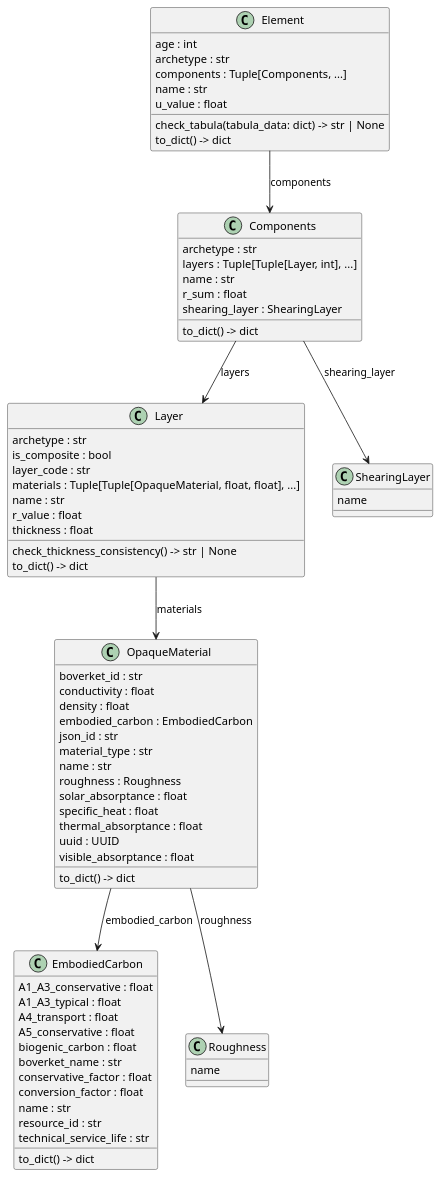
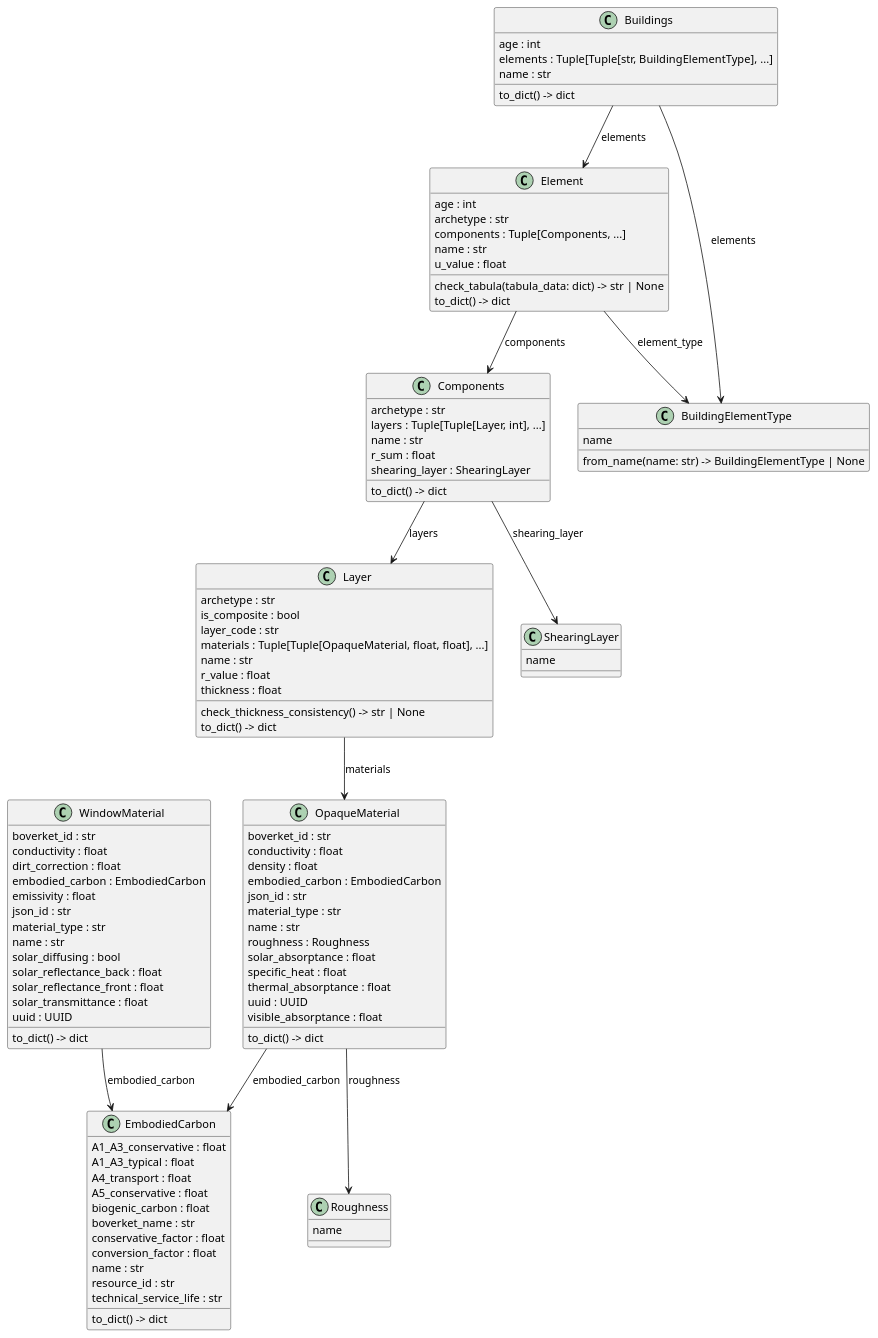
Before and after one commit to SB-Chalmers/epsm_data: the diagram in NewSchema/classes_NewSchemaDiagram.puml, drawn with PlantUML. The commit also changed other lines of this file and 24 other files, not shown here.

First line of the commit message:
Complete Material to Building pipeline & Database

```diff
--- a/NewSchema/classes_NewSchemaDiagram.puml
+++ b/NewSchema/classes_NewSchemaDiagram.puml
@@ -9,83 +11,116 @@
 @startuml
 set namespaceSeparator none
 
 ' Classes with attributes and methods
 class "Components" as Components {
   archetype : str
   layers : Tuple[Tuple[Layer, int], ...]
   name : str
   r_sum : float
   shearing_layer : ShearingLayer
   to_dict() -> dict
 }
 
 class "Element" as Element {
   age : int
   archetype : str
   components : Tuple[Components, ...]
   name : str
   u_value : float
   check_tabula(tabula_data: dict) -> str | None
   to_dict() -> dict
 }
 
 class "EmbodiedCarbon" as EmbodiedCarbon {
   A1_A3_conservative : float
   A1_A3_typical : float
   A4_transport : float
   A5_conservative : float
   biogenic_carbon : float
   boverket_name : str
   conservative_factor : float
   conversion_factor : float
   name : str
   resource_id : str
   technical_service_life : str
   to_dict() -> dict
 }
 
 class "Layer" as Layer {
   archetype : str
   is_composite : bool
   layer_code : str
   materials : Tuple[Tuple[OpaqueMaterial, float, float], ...]
   name : str
   r_value : float
   thickness : float
   check_thickness_consistency() -> str | None
   to_dict() -> dict
 }
 
 class "OpaqueMaterial" as OpaqueMaterial {
   boverket_id : str
   conductivity : float
   density : float
   embodied_carbon : EmbodiedCarbon
   json_id : str
   material_type : str
   name : str
   roughness : Roughness
   solar_absorptance : float
   specific_heat : float
   thermal_absorptance : float
   uuid : UUID
   visible_absorptance : float
   to_dict() -> dict
 }
+        
+class "WindowMaterial" as WindowMaterial {
+  boverket_id : str
+  conductivity : float
+  dirt_correction : float
+  embodied_carbon : EmbodiedCarbon
+  emissivity : float
+  json_id : str
+  material_type : str
+  name : str
+  solar_diffusing : bool
+  solar_reflectance_back : float
+  solar_reflectance_front : float
+  solar_transmittance : float
+  uuid : UUID
+  to_dict() -> dict
+}
+
+class "Buildings" as Buildings {
+  age : int
+  elements : Tuple[Tuple[str, BuildingElementType], ...]
+  name : str
+  to_dict() -> dict
+}
+
+class "BuildingElementType" as BuildingElementType {
+  name
+  from_name(name: str) -> BuildingElementType | None
+}
 
 class "Roughness" as Roughness {
   name
 }
 
 class "ShearingLayer" as ShearingLayer {
   name
 }
 
 ' Explicit relationships
+Buildings --> BuildingElementType : elements
+Buildings --> Element : elements
+Element --> Components : components
+Element --> BuildingElementType : element_type
 Components --> ShearingLayer : shearing_layer
 Components --> Layer : layers
-Element --> Components : components
 Layer --> OpaqueMaterial : materials
 OpaqueMaterial --> EmbodiedCarbon : embodied_carbon
 OpaqueMaterial --> Roughness : roughness
+WindowMaterial --> EmbodiedCarbon : embodied_carbon
 @enduml
```
